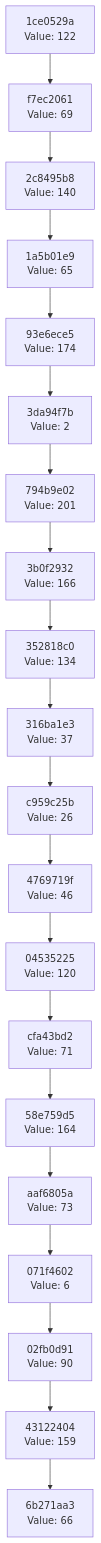
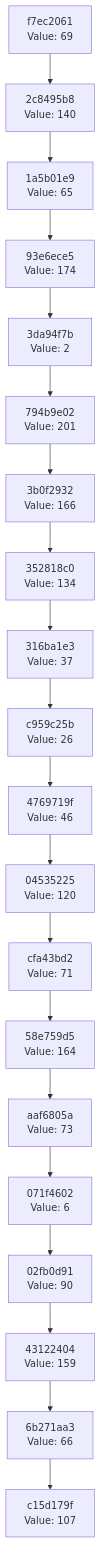
One commit to Abhisheksinha1506/hash-chain-evolver changed the diagram in docs/CHAIN_VISUALIZATION.md. Above: the diagram before and after it, drawn with Mermaid. The commit also changed 2 other files, not shown here.

Commit message:
Evolution step: hash 0x6B → action executed

````diff
--- a/docs/CHAIN_VISUALIZATION.md
+++ b/docs/CHAIN_VISUALIZATION.md
@@ -3,42 +3,42 @@
 ```mermaid
 graph TD
-    C0["6b271aa3<br/>Value: 66"]
-    C1["43122404<br/>Value: 159"]
+    C0["c15d179f<br/>Value: 107"]
+    C1["6b271aa3<br/>Value: 66"]
     C1 --> C0
-    C2["02fb0d91<br/>Value: 90"]
+    C2["43122404<br/>Value: 159"]
     C2 --> C1
-    C3["071f4602<br/>Value: 6"]
+    C3["02fb0d91<br/>Value: 90"]
     C3 --> C2
-    C4["aaf6805a<br/>Value: 73"]
+    C4["071f4602<br/>Value: 6"]
     C4 --> C3
-    C5["58e759d5<br/>Value: 164"]
+    C5["aaf6805a<br/>Value: 73"]
     C5 --> C4
-    C6["cfa43bd2<br/>Value: 71"]
+    C6["58e759d5<br/>Value: 164"]
     C6 --> C5
-    C7["04535225<br/>Value: 120"]
+    C7["cfa43bd2<br/>Value: 71"]
     C7 --> C6
-    C8["4769719f<br/>Value: 46"]
+    C8["04535225<br/>Value: 120"]
     C8 --> C7
-    C9["c959c25b<br/>Value: 26"]
+    C9["4769719f<br/>Value: 46"]
     C9 --> C8
-    C10["316ba1e3<br/>Value: 37"]
+    C10["c959c25b<br/>Value: 26"]
     C10 --> C9
-    C11["352818c0<br/>Value: 134"]
+    C11["316ba1e3<br/>Value: 37"]
     C11 --> C10
-    C12["3b0f2932<br/>Value: 166"]
+    C12["352818c0<br/>Value: 134"]
     C12 --> C11
-    C13["794b9e02<br/>Value: 201"]
+    C13["3b0f2932<br/>Value: 166"]
     C13 --> C12
-    C14["3da94f7b<br/>Value: 2"]
+    C14["794b9e02<br/>Value: 201"]
     C14 --> C13
-    C15["93e6ece5<br/>Value: 174"]
+    C15["3da94f7b<br/>Value: 2"]
     C15 --> C14
-    C16["1a5b01e9<br/>Value: 65"]
+    C16["93e6ece5<br/>Value: 174"]
     C16 --> C15
-    C17["2c8495b8<br/>Value: 140"]
+    C17["1a5b01e9<br/>Value: 65"]
     C17 --> C16
-    C18["f7ec2061<br/>Value: 69"]
+    C18["2c8495b8<br/>Value: 140"]
     C18 --> C17
-    C19["1ce0529a<br/>Value: 122"]
+    C19["f7ec2061<br/>Value: 69"]
     C19 --> C18
 ```
````
